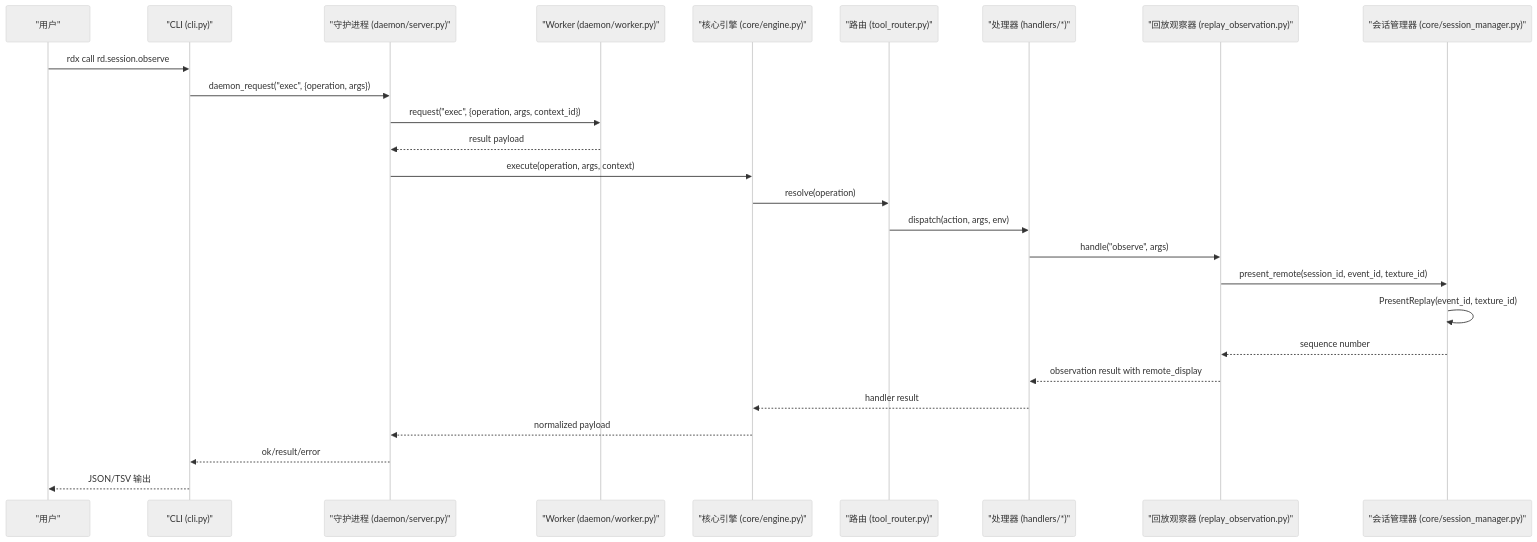
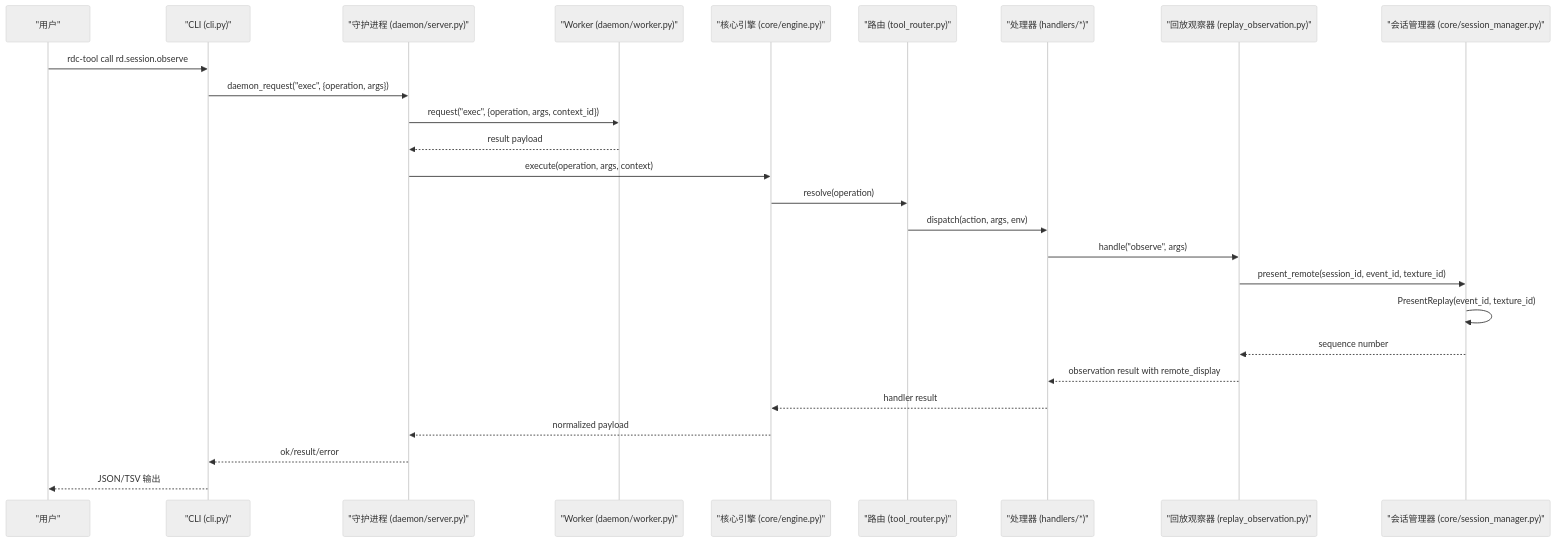
Before and after one commit to haolange/RDC-Tool: the second of 10 diagrams in .qoder/repowiki/zh/content/项目概述/架构概览.md, drawn with Mermaid (neutral theme). The commit also changed other lines of this file and 388 other files, not shown here.

First line of the commit message:
Release RDC-Tool identity and public maintenance surface

````diff
--- a/.qoder/repowiki/zh/content/项目概述/架构概览.md
+++ b/.qoder/repowiki/zh/content/项目概述/架构概览.md
@@ -120,28 +120,28 @@
 ```mermaid
 sequenceDiagram
 participant U as "用户"
 participant CLI as "CLI (cli.py)"
 participant D as "守护进程 (daemon/server.py)"
 participant W as "Worker (daemon/worker.py)"
 participant E as "核心引擎 (core/engine.py)"
 participant R as "路由 (tool_router.py)"
 participant H as "处理器 (handlers/*)"
 participant RO as "回放观察器 (replay_observation.py)"
 participant SM as "会话管理器 (core/session_manager.py)"
-U->>CLI : rdx call rd.session.observe
+U->>CLI : rdc-tool call rd.session.observe
 CLI->>D : daemon_request("exec", {operation, args})
 D->>W : request("exec", {operation, args, context_id})
 W-->>D : result payload
 D->>E : execute(operation, args, context)
 E->>R : resolve(operation)
 R->>H : dispatch(action, args, env)
 H->>RO : handle("observe", args)
 RO->>SM : present_remote(session_id, event_id, texture_id)
 SM->>SM : PresentReplay(event_id, texture_id)
 SM-->>RO : sequence number
 RO-->>H : observation result with remote_display
 H-->>E : handler result
 E-->>D : normalized payload
 D-->>CLI : ok/result/error
 CLI-->>U : JSON/TSV 输出
 ```
````
